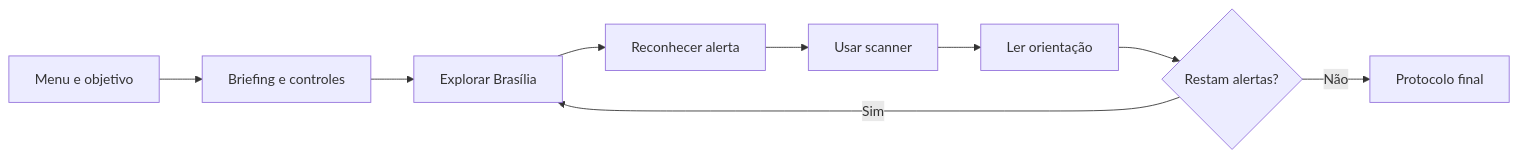
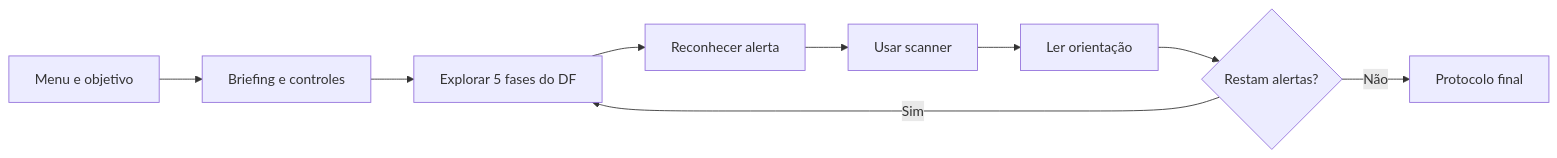
The diagram in docs/ux/plano-ux-ui.md (Felipe-tech30/missao-cibersegura-df), drawn with Mermaid before and after one commit. The commit also changed other lines of this file and 16 other files, not shown here.

````diff
--- a/docs/ux/plano-ux-ui.md
+++ b/docs/ux/plano-ux-ui.md
@@ -24,11 +24,11 @@
 ```mermaid
 flowchart LR
     A[Menu e objetivo] --> B[Briefing e controles]
-    B --> C[Explorar Brasília]
+    B --> C[Explorar 5 fases do DF]
     C --> D[Reconhecer alerta]
     D --> E[Usar scanner]
     E --> F[Ler orientação]
     F --> G{Restam alertas?}
     G -->|Sim| C
     G -->|Não| H[Protocolo final]
 ```
````
